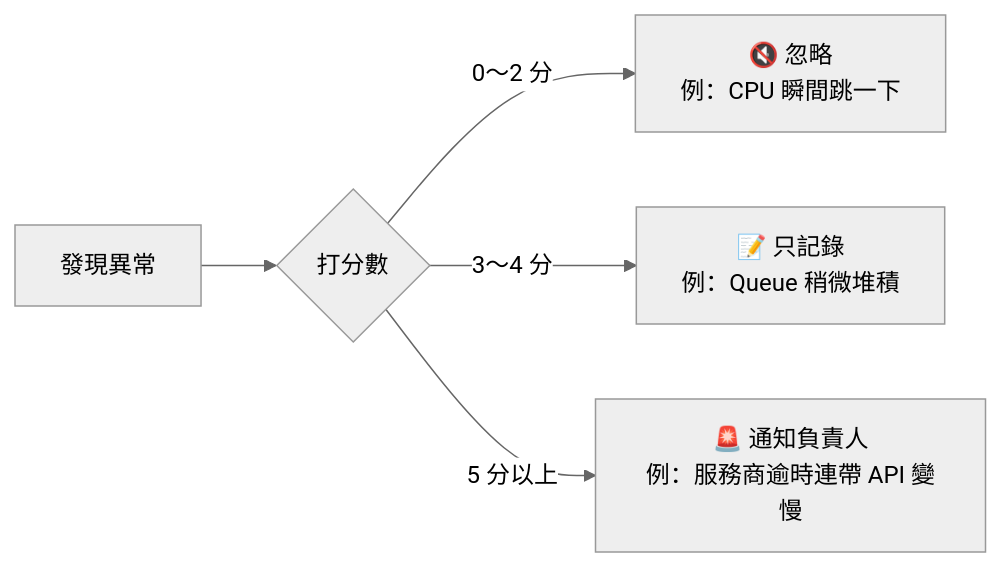
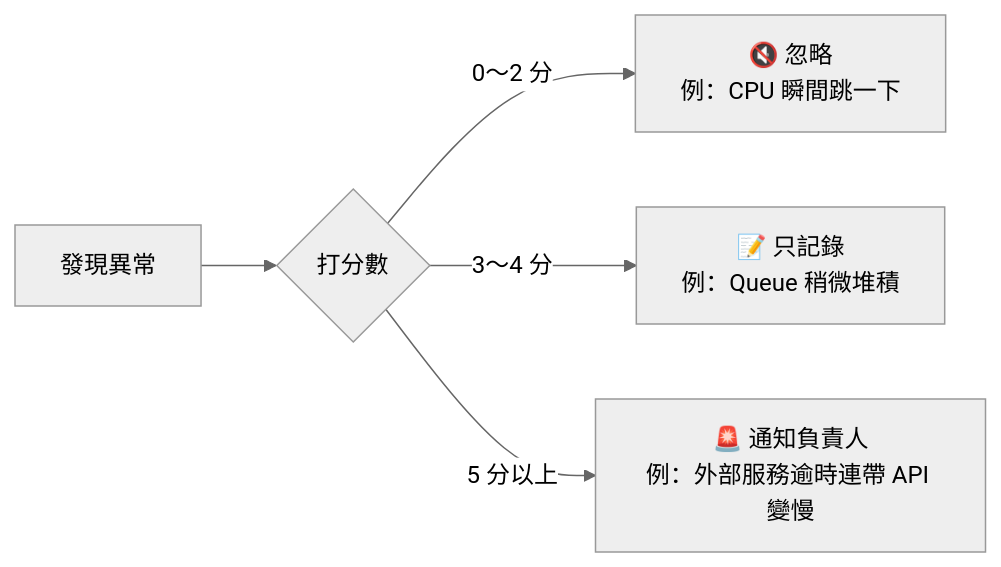
The fifth of 10 diagrams in README.md (kingchen0617/system-tool), drawn with Mermaid (neutral theme) before and after one commit. The commit also changed other lines of this file, not shown here.

````diff
--- a/README.md
+++ b/README.md
@@ -159,7 +159,7 @@
 ```mermaid
 flowchart LR
     A["發現異常"] --> B{"打分數"}
     B -->|"0～2 分"| C["🔇 忽略<br/>例：CPU 瞬間跳一下"]
     B -->|"3～4 分"| D["📝 只記錄<br/>例：Queue 稍微堆積"]
-    B -->|"5 分以上"| E["🚨 通知負責人<br/>例：服務商逾時連帶 API 變慢"]
+    B -->|"5 分以上"| E["🚨 通知負責人<br/>例：外部服務逾時連帶 API 變慢"]
 ```
````
